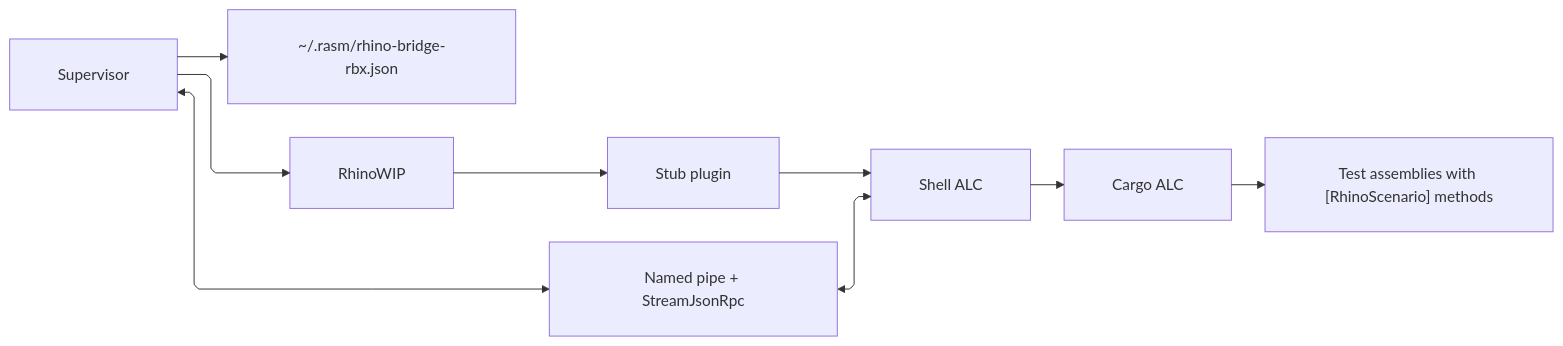
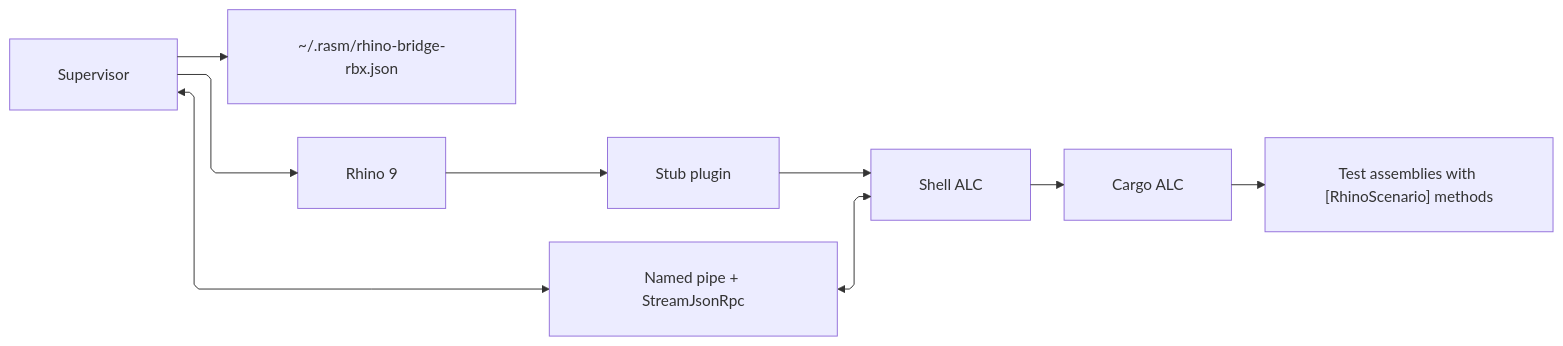
One commit to bsamiee/Rasm changed the diagram in tools/rhino-bridge/README.md. Above: the diagram before and after it, drawn with Mermaid. The commit also changed other lines of this file and 1997 other files, not shown here.

````diff
--- a/tools/rhino-bridge/README.md
+++ b/tools/rhino-bridge/README.md
@@ -55,19 +58,20 @@
 ```mermaid
 ---
 config:
   layout: elk
   flowchart:
     curve: linear
     padding: 25
 ---
 flowchart LR
     accTitle: Bridge session architecture
+    accDescr: Supervisor launches Rhino, Rhino loads the stub and shell, the supervisor and shell exchange RPC, and the shell swaps cargo over typed scenarios.
     Supervisor --> Endpoint["~/.rasm/rhino-bridge-rbx.json"]
-    Supervisor --> Rhino["RhinoWIP"]
+    Supervisor --> Rhino["Rhino 9"]
     Rhino --> Stub["Stub plugin"]
     Stub --> Shell["Shell ALC"]
     Supervisor <--> Pipe["Named pipe + StreamJsonRpc"]
     Pipe <--> Shell
     Shell --> Cargo["Cargo ALC"]
     Cargo --> Scenarios["Test assemblies with [RhinoScenario] methods"]
 ```
````
